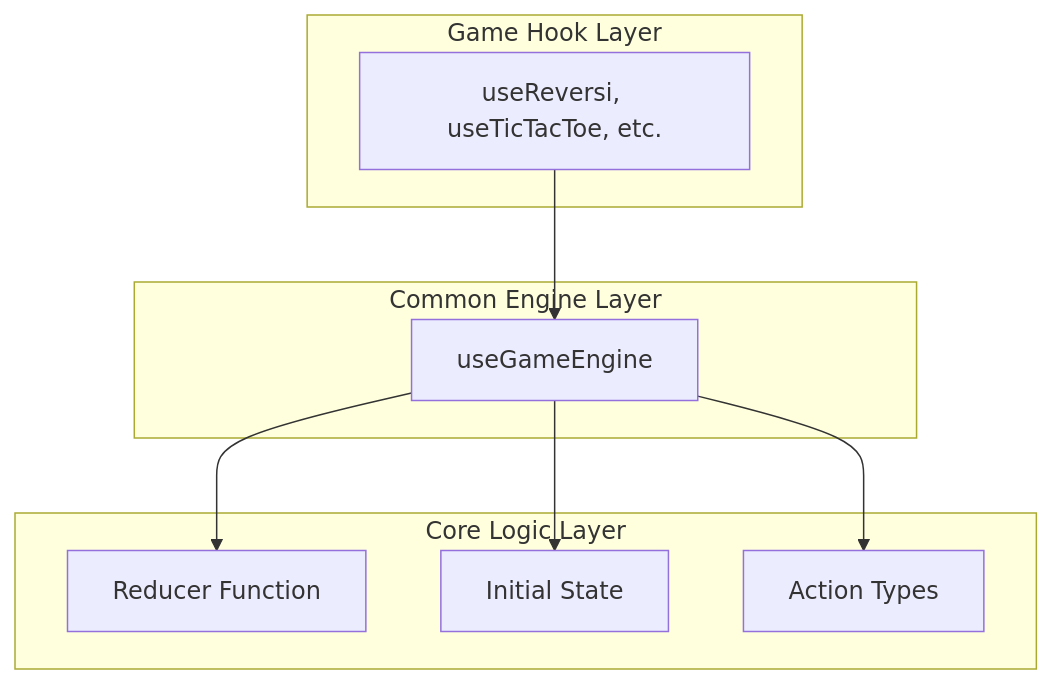
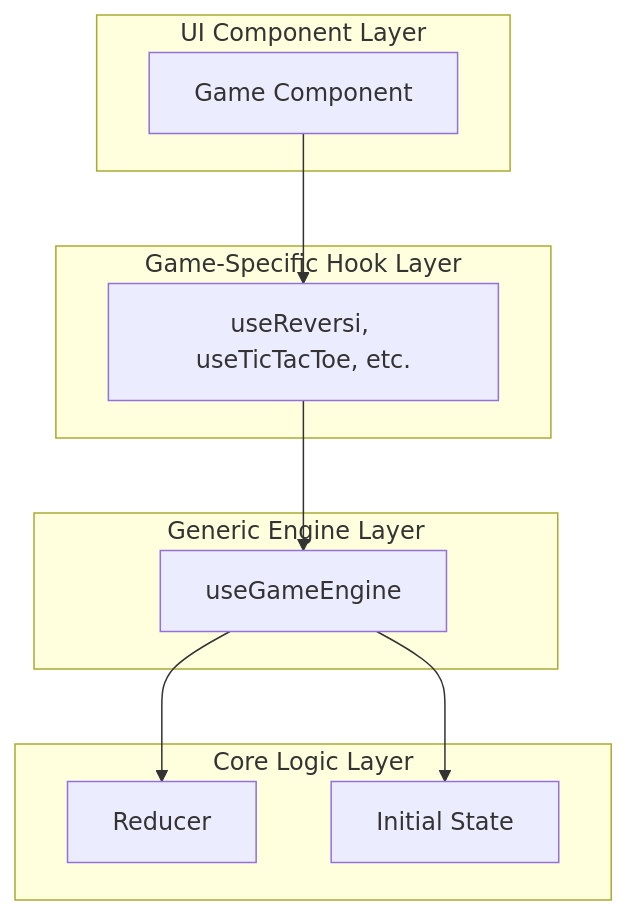
Before and after one commit to Ishikawa-Taiki/minimal-games-hub: the diagram in .kiro/specs/game-time-travel-engine/design.md, drawn with Mermaid. The commit also changed other lines of this file and 3 other files, not shown here.

````diff
--- a/.kiro/specs/game-time-travel-engine/design.md
+++ b/.kiro/specs/game-time-travel-engine/design.md
@@ -18,21 +24,20 @@
 ```mermaid
-graph TB
-    subgraph "Game Hook Layer"
-        UG[useReversi, useTicTacToe, etc.]
+graph TD
+    subgraph "UI Component Layer"
+        C[Game Component]
     end
-    
-    subgraph "Common Engine Layer"
-        UGE[useGameEngine]
+    subgraph "Game-Specific Hook Layer"
+        H[useReversi, useTicTacToe, etc.]
     end
-    
+    subgraph "Generic Engine Layer"
+        E[useGameEngine]
+    end
     subgraph "Core Logic Layer"
-        R[Reducer Function]
-        IS[Initial State]
-        A[Action Types]
+        R[Reducer]
+        S[Initial State]
     end
-    
-    UG --> UGE
-    UGE --> R
-    UGE --> IS
-    UGE --> A
+    C --> H
+    H --> E
+    E --> R
+    E --> S
 ```
````
